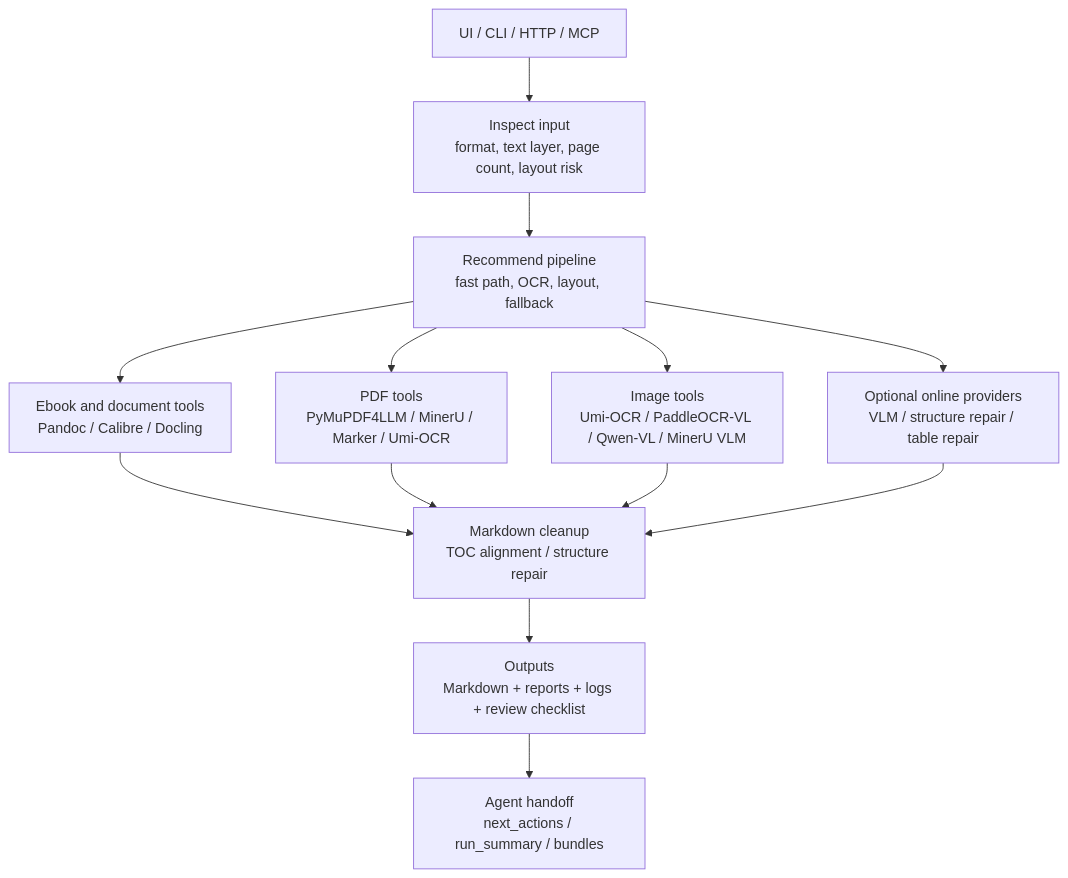
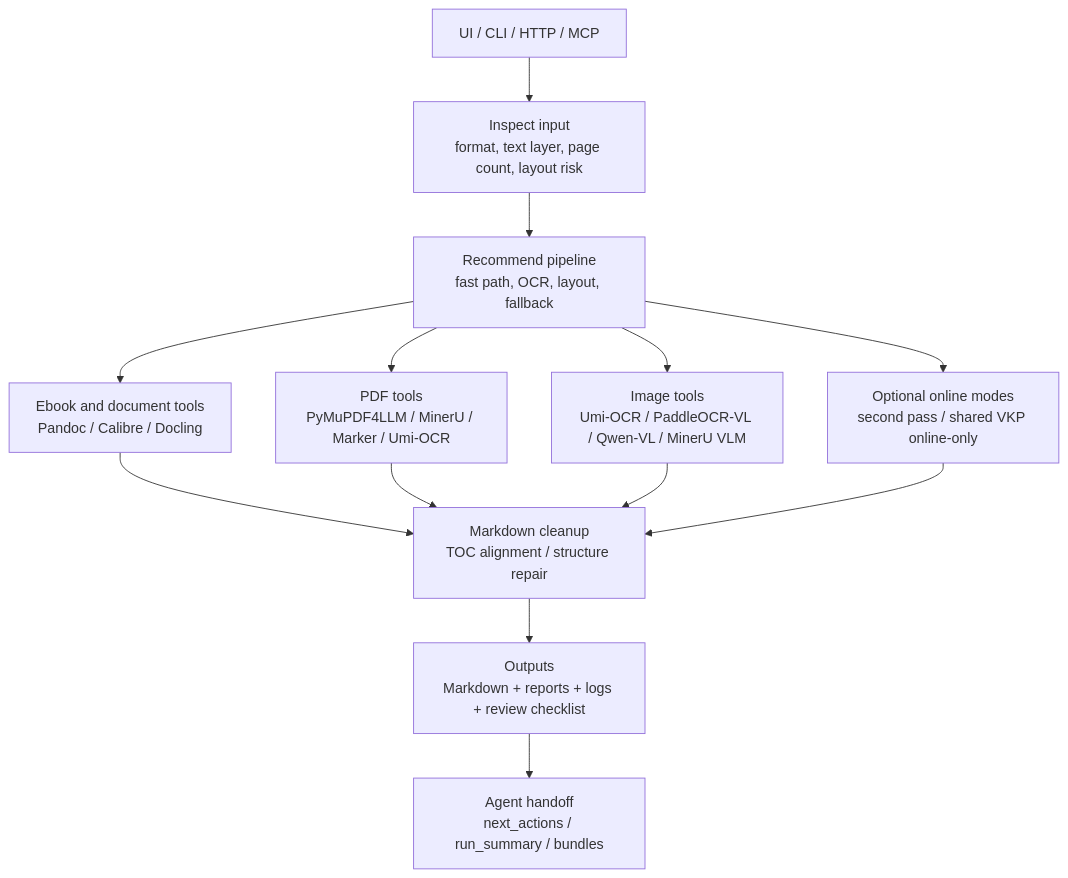
Before and after one commit to lightcoloror/ebook-markdown-pipeline: the second of 2 diagrams in README.md, drawn with Mermaid. The commit also changed other lines of this file and 41 other files, not shown here.

Commit message:
feat: add shared online-only document pipeline

````diff
--- a/README.md
+++ b/README.md
@@ -29,15 +31,15 @@
 ```mermaid
 flowchart TD
     entry["UI / CLI / HTTP / MCP"] --> inspect["Inspect input\nformat, text layer, page count, layout risk"]
     inspect --> route["Recommend pipeline\nfast path, OCR, layout, fallback"]
     route --> ebook["Ebook and document tools\nPandoc / Calibre / Docling"]
     route --> pdf["PDF tools\nPyMuPDF4LLM / MinerU / Marker / Umi-OCR"]
     route --> image["Image tools\nUmi-OCR / PaddleOCR-VL / Qwen-VL / MinerU VLM"]
-    route --> online["Optional online providers\nVLM / structure repair / table repair"]
+    route --> online["Optional online modes\nsecond pass / shared VKP online-only"]
     ebook --> repair["Markdown cleanup\nTOC alignment / structure repair"]
     pdf --> repair
     image --> repair
     online --> repair
     repair --> artifacts["Outputs\nMarkdown + reports + logs + review checklist"]
     artifacts --> agents["Agent handoff\nnext_actions / run_summary / bundles"]
 ```
````
